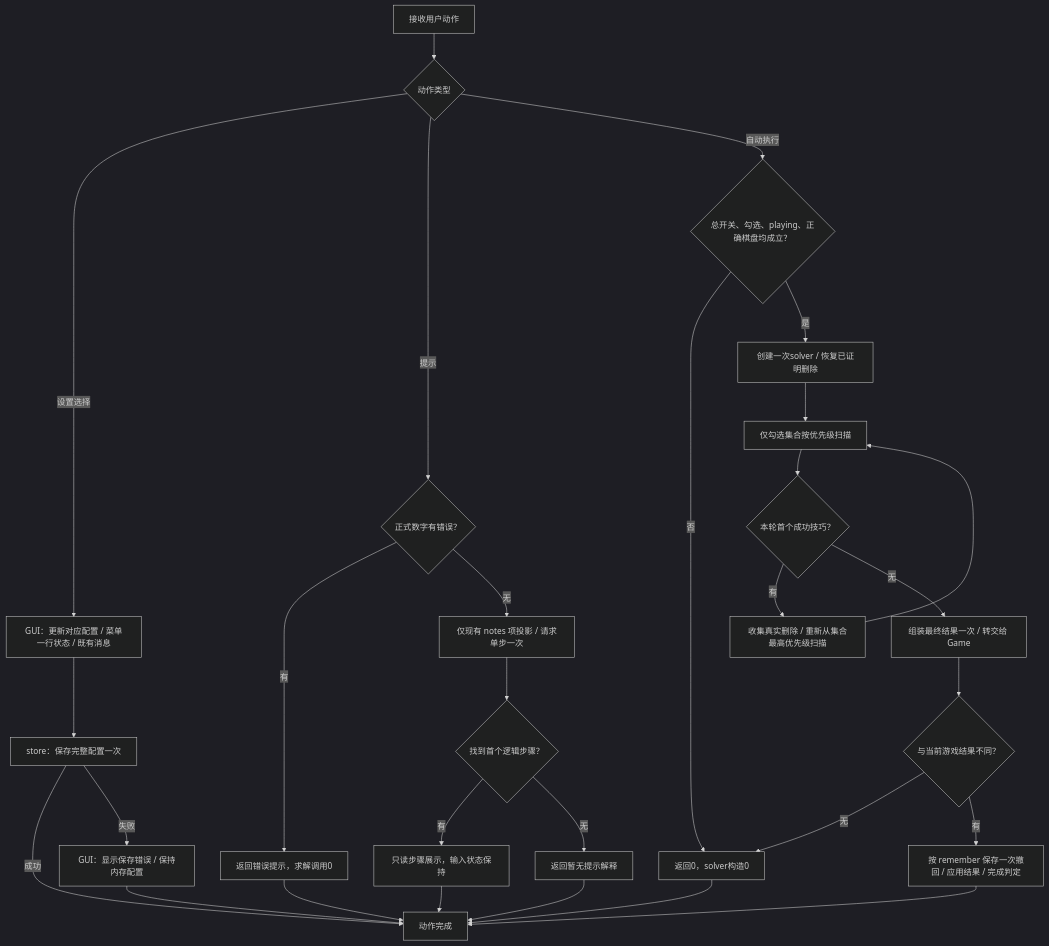
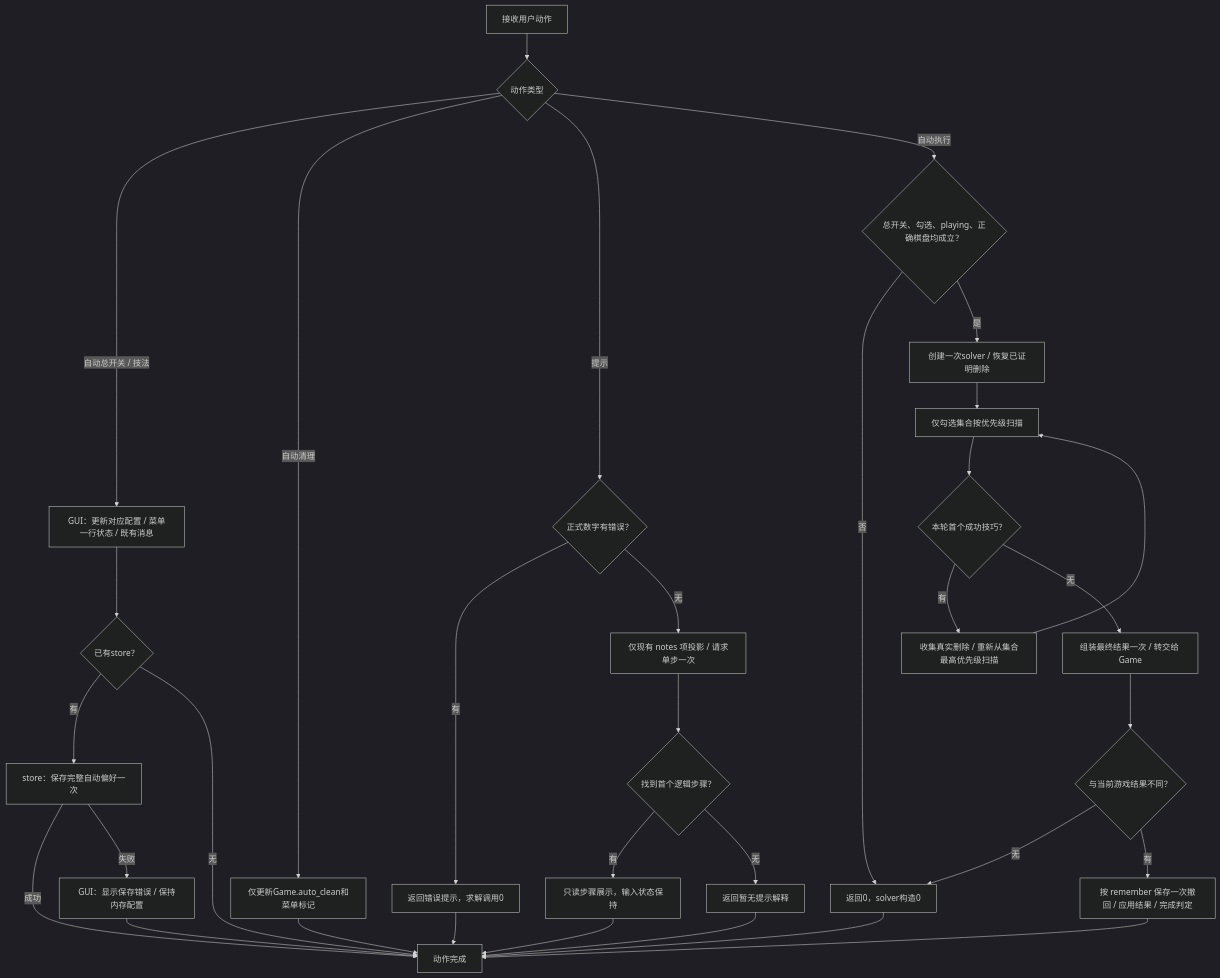
The fourth of 4 diagrams in docs/01_sprint记录/sprint01/00-联合方案决策/2026-10-06/架构优化联合方案决策草案.md (jaried/shudu), drawn with Mermaid (dark theme) before and after one commit. The commit also changed other lines of this file and 6 other files, not shown here.

````diff
--- a/docs/01_sprint记录/sprint01/00-联合方案决策/2026-10-06/架构优化联合方案决策草案.md
+++ b/docs/01_sprint记录/sprint01/00-联合方案决策/2026-10-06/架构优化联合方案决策草案.md
@@ -274,24 +278,27 @@
 ```mermaid
 flowchart TD
   A["接收用户动作"] --> K{"动作类型"}
-  K -->|"设置选择"| C["GUI：更新对应配置 / 菜单一行状态 / 既有消息"]
-  C --> SAVE["store：保存完整配置一次"]
-  SAVE -->|"成功"| DONE["动作完成"]
+  K -->|"自动总开关 / 技法"| C["GUI：更新对应配置 / 菜单一行状态 / 既有消息"]
+  C --> AVAILABLE{"已有store？"}
+  AVAILABLE -->|"有"| SAVE["store：保存完整自动偏好一次"]
+  AVAILABLE -->|"无"| DONE["动作完成"]
+  K -->|"自动清理"| CLEAN["仅更新Game.auto_clean和菜单标记"] --> DONE
+  SAVE -->|"成功"| DONE
   SAVE -->|"失败"| E["GUI：显示保存错误 / 保持内存配置"] --> DONE
   K -->|"提示"| W{"正式数字有错误？"}
   W -->|"有"| WARN["返回错误提示，求解调用0"] --> DONE
   W -->|"无"| H["仅现有 notes 项投影 / 请求单步一次"]
   H --> FOUND{"找到首个逻辑步骤？"}
   FOUND -->|"有"| SHOW["只读步骤展示，输入状态保持"] --> DONE
   FOUND -->|"无"| NONE["返回暂无提示解释"] --> DONE
   K -->|"自动执行"| G{"总开关、勾选、playing、正确棋盘均成立？"}
   G -->|"否"| Z["返回0，solver构造0"] --> DONE
   G -->|"是"| RESTORE["创建一次solver / 恢复已证明删除"]
   RESTORE --> PASS["仅勾选集合按优先级扫描"]
   PASS --> HIT{"本轮首个成功技巧？"}
   HIT -->|"有"| DELTA["收集真实删除 / 重新从集合最高优先级扫描"] --> PASS
   HIT -->|"无"| RESULT["组装最终结果一次 / 转交给 Game"]
   RESULT --> CHANGE{"与当前游戏结果不同？"}
   CHANGE -->|"无"| Z
   CHANGE -->|"有"| COMMIT["按 remember 保存一次撤回 / 应用结果 / 完成判定"] --> DONE
 ```
````
